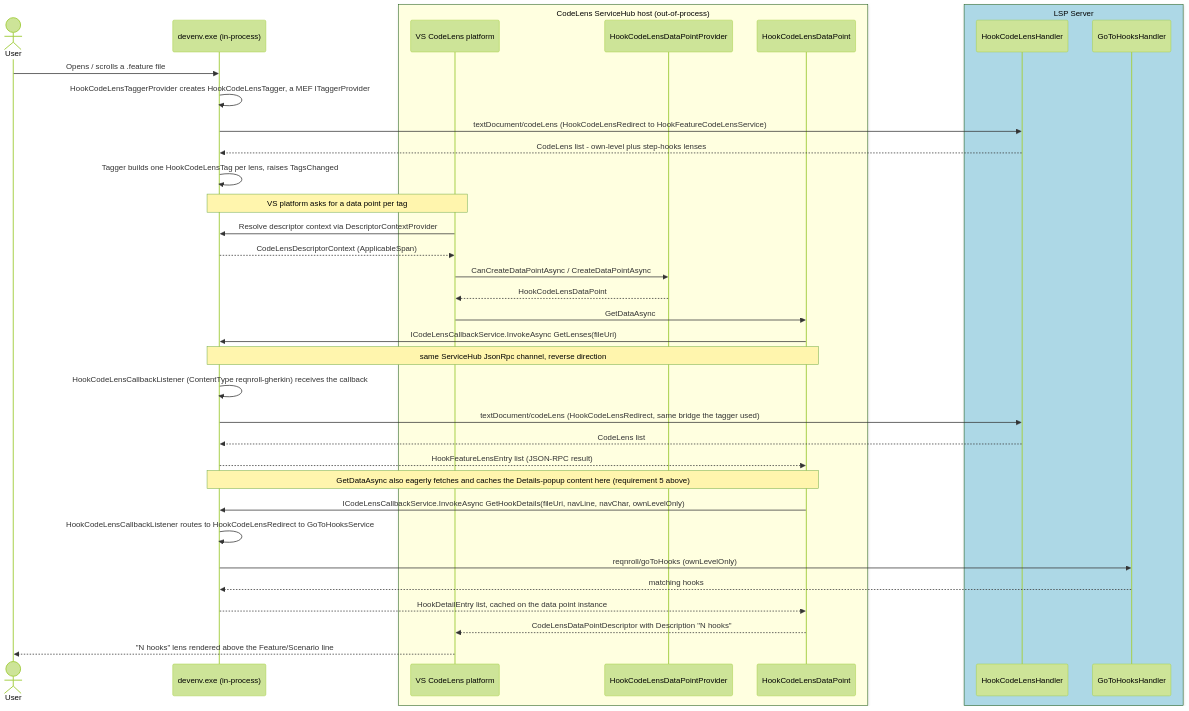
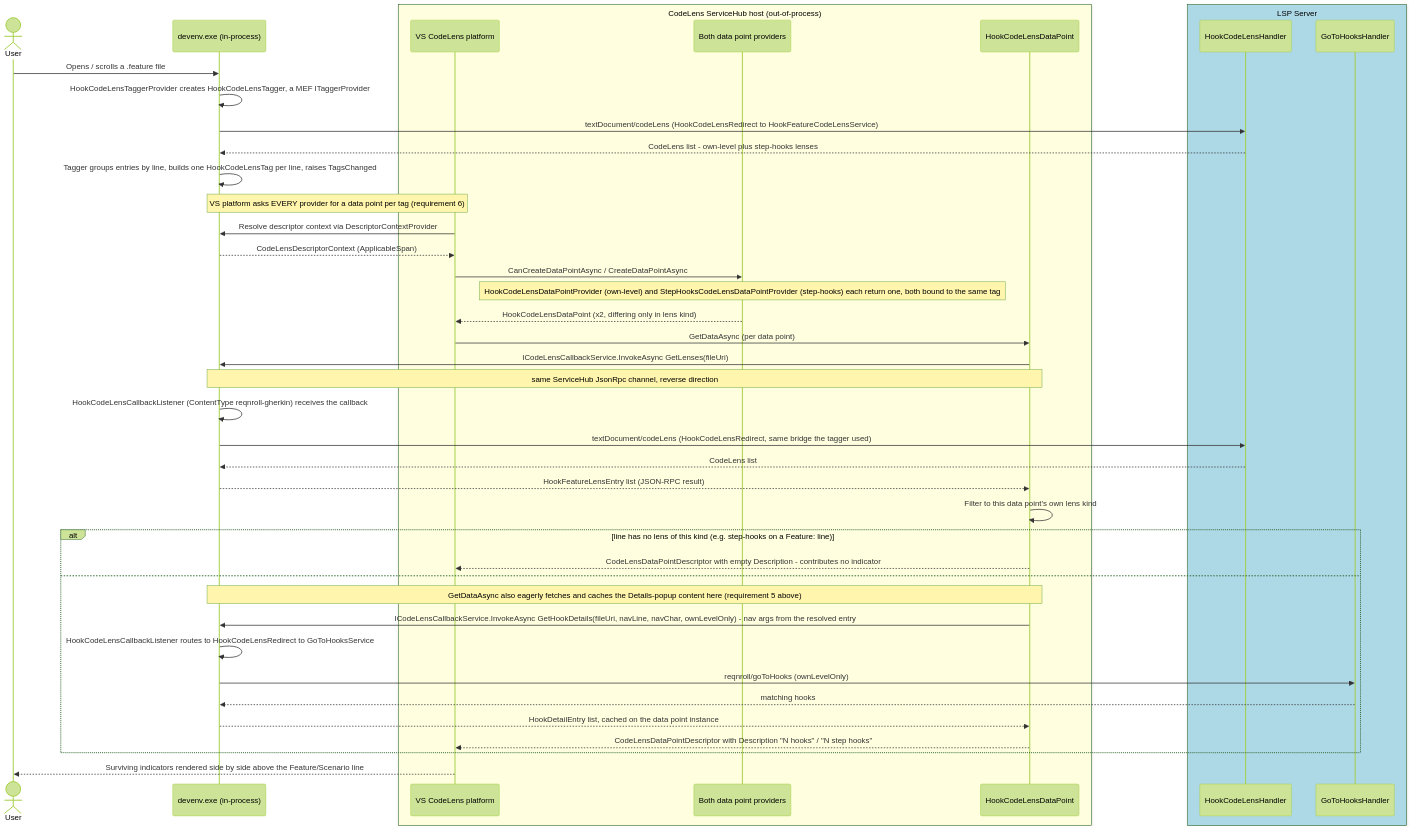
One commit to reqnroll/Reqnroll.IdeSupport changed diagram 20 of 21 in docs/LSP-IDE-Support-Feature-Designs.md. Above: the diagram before and after it, drawn with Mermaid (forest theme). The commit also changed other lines of this file and 1 other file, not shown here.

First paragraph of the commit message:
docs: record the one-tag-N-providers CodeLens model and #400's lens invalidation
Updates F24/F25 in the Feature Designs doc and the client-implementation
matrix in the Architecture doc to match what PR #407 actually shipped.

````diff
--- a/docs/LSP-IDE-Support-Feature-Designs.md
+++ b/docs/LSP-IDE-Support-Feature-Designs.md
@@ -1641,46 +1643,52 @@
 ```mermaid
 sequenceDiagram
     actor User
     participant IDE as devenv.exe (in-process)
 
     box LightYellow CodeLens ServiceHub host (out-of-process)
         participant Wrap as VS CodeLens platform
-        participant Prov as HookCodeLensDataPointProvider
+        participant Prov as Both data point providers
         participant DP as HookCodeLensDataPoint
     end
 
     box LightBlue LSP Server
         participant HCH as HookCodeLensHandler
         participant GTH as GoToHooksHandler
     end
 
     User->>IDE: Opens / scrolls a .feature file
     IDE->>IDE: HookCodeLensTaggerProvider creates HookCodeLensTagger, a MEF ITaggerProvider
     IDE->>HCH: textDocument/codeLens (HookCodeLensRedirect to HookFeatureCodeLensService)
     HCH-->>IDE: CodeLens list - own-level plus step-hooks lenses
-    IDE->>IDE: Tagger builds one HookCodeLensTag per lens, raises TagsChanged
+    IDE->>IDE: Tagger groups entries by line, builds one HookCodeLensTag per line, raises TagsChanged
 
-    Note over IDE,Wrap: VS platform asks for a data point per tag
+    Note over IDE,Wrap: VS platform asks EVERY provider for a data point per tag (requirement 6)
     Wrap->>IDE: Resolve descriptor context via DescriptorContextProvider
     IDE-->>Wrap: CodeLensDescriptorContext (ApplicableSpan)
     Wrap->>Prov: CanCreateDataPointAsync / CreateDataPointAsync
-    Prov-->>Wrap: HookCodeLensDataPoint
+    Note over Prov: HookCodeLensDataPointProvider (own-level) and StepHooksCodeLensDataPointProvider (step-hooks) each return one, both bound to the same tag
+    Prov-->>Wrap: HookCodeLensDataPoint (x2, differing only in lens kind)
 
-    Wrap->>DP: GetDataAsync
+    Wrap->>DP: GetDataAsync (per data point)
     DP->>IDE: ICodeLensCallbackService.InvokeAsync GetLenses(fileUri)
     Note over DP,IDE: same ServiceHub JsonRpc channel, reverse direction
     IDE->>IDE: HookCodeLensCallbackListener (ContentType reqnroll-gherkin) receives the callback
     IDE->>HCH: textDocument/codeLens (HookCodeLensRedirect, same bridge the tagger used)
     HCH-->>IDE: CodeLens list
     IDE-->>DP: HookFeatureLensEntry list (JSON-RPC result)
 
-    Note over DP,IDE: GetDataAsync also eagerly fetches and caches the Details-popup content here (requirement 5 above)
-    DP->>IDE: ICodeLensCallbackService.InvokeAsync GetHookDetails(fileUri, navLine, navChar, ownLevelOnly)
-    IDE->>IDE: HookCodeLensCallbackListener routes to HookCodeLensRedirect to GoToHooksService
-    IDE->>GTH: reqnroll/goToHooks (ownLevelOnly)
-    GTH-->>IDE: matching hooks
-    IDE-->>DP: HookDetailEntry list, cached on the data point instance
+    DP->>DP: Filter to this data point's own lens kind
+    alt line has no lens of this kind (e.g. step-hooks on a Feature: line)
+        DP-->>Wrap: CodeLensDataPointDescriptor with empty Description - contributes no indicator
+    else
+        Note over DP,IDE: GetDataAsync also eagerly fetches and caches the Details-popup content here (requirement 5 above)
+        DP->>IDE: ICodeLensCallbackService.InvokeAsync GetHookDetails(fileUri, navLine, navChar, ownLevelOnly) - nav args from the resolved entry
+        IDE->>IDE: HookCodeLensCallbackListener routes to HookCodeLensRedirect to GoToHooksService
+        IDE->>GTH: reqnroll/goToHooks (ownLevelOnly)
+        GTH-->>IDE: matching hooks
+        IDE-->>DP: HookDetailEntry list, cached on the data point instance
 
-    DP-->>Wrap: CodeLensDataPointDescriptor with Description "N hooks"
-    Wrap-->>User: "N hooks" lens rendered above the Feature/Scenario line
+        DP-->>Wrap: CodeLensDataPointDescriptor with Description "N hooks" / "N step hooks"
+    end
+    Wrap-->>User: Surviving indicators rendered side by side above the Feature/Scenario line
 ```
````
